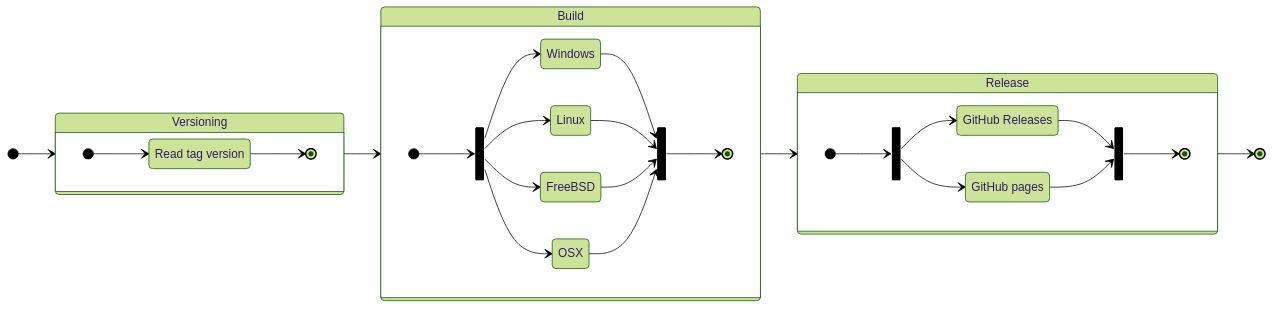
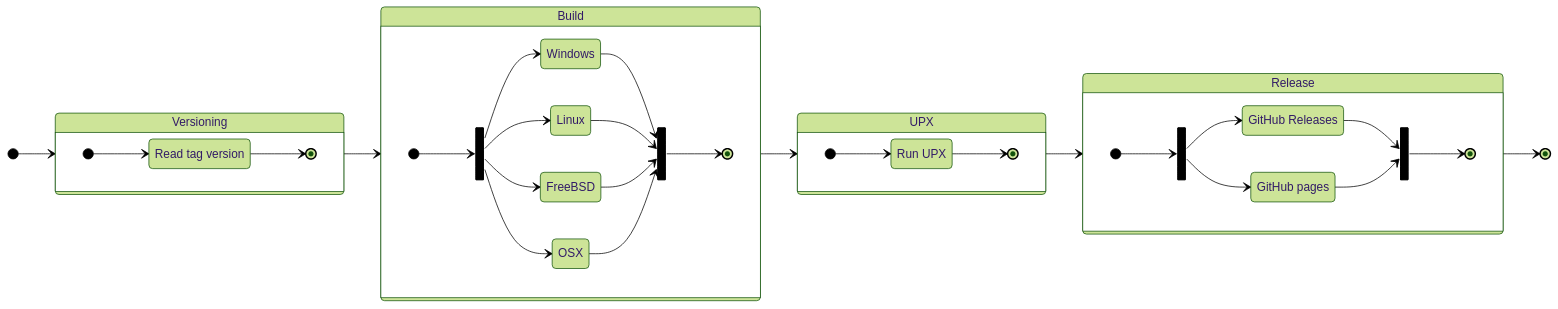
The fourth of 4 diagrams in docs/Continuous integration.md (shoriwe/fullproxy), drawn with Mermaid (forest theme) before and after one commit.

Commit message:
[ci skip] docs: updated CI documentation

````diff
--- a/docs/Continuous integration.md
+++ b/docs/Continuous integration.md
@@ -76,46 +76,54 @@
 ```mermaid
 stateDiagram-v2
 	direction LR
 	
 	state Versioning {
 		direction LR
 		VersionPy: Read tag version
 		[*] --> VersionPy
 		VersionPy --> [*]
 	}
 	
 	state Build {
 		direction LR
 		state fork_build <<fork>>
 		state join_build <<join>>
 		[*] --> fork_build
 		fork_build --> Windows
 		fork_build --> Linux
 		fork_build --> FreeBSD
 		fork_build --> OSX
 		Windows --> join_build
 		Linux --> join_build
 		FreeBSD --> join_build
 		OSX --> join_build
 		join_build --> [*]
 	}
 	
 	state Release {
 		direction LR
 		state fork_release <<fork>>
 		state join_release <<join>>
 		GitHub: GitHub Releases
 		Pages: GitHub pages
 		[*] --> fork_release
 		fork_release --> GitHub
 		fork_release --> Pages
 		GitHub --> join_release
 		Pages --> join_release
 		join_release --> [*]
 	}
 	
+	state UPX {
+		direction LR
+		upx: Run UPX
+		[*] --> upx
+		upx --> [*]
+	}
+	
 	[*] --> Versioning
 	Versioning --> Build
-	Build --> Release
+	Build --> UPX
+	UPX --> Release
 	Release --> [*]
 ```
````
